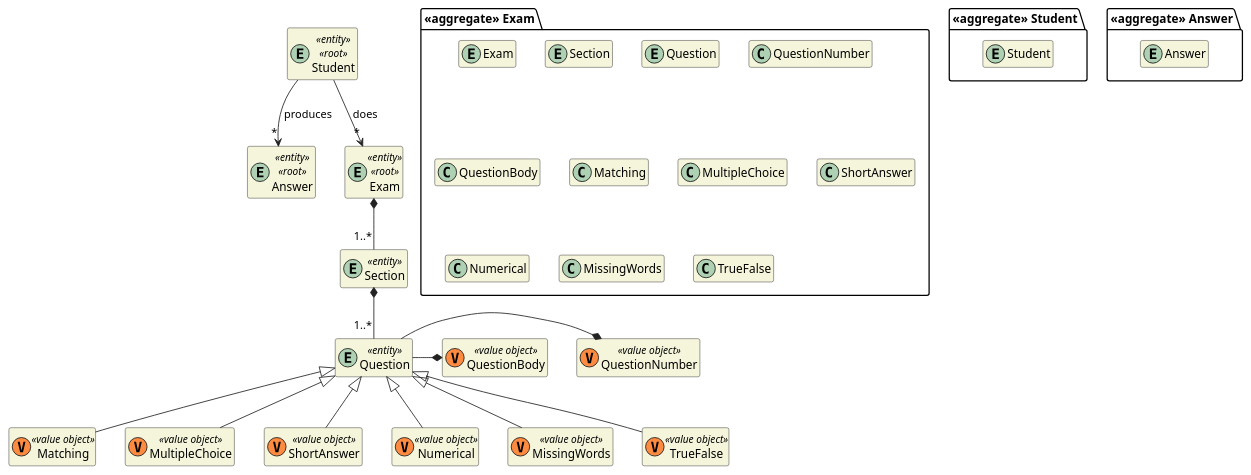
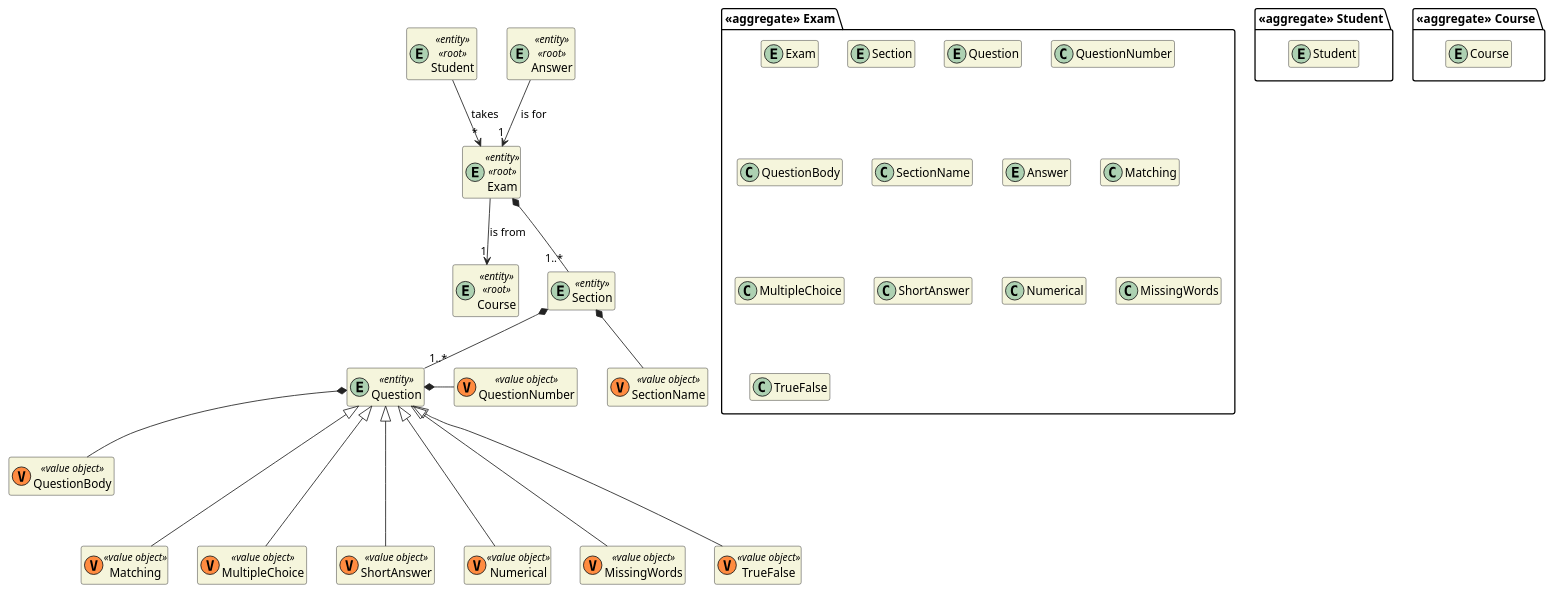
Before and after one commit to miseEnPlace-dev/lapr4: the diagram in docs/DM/DM_Exam.puml, drawn with PlantUML. The commit also changed 7 other files, not shown here.

```diff
--- a/docs/DM/DM_Exam.puml
+++ b/docs/DM/DM_Exam.puml
@@ -1,74 +1,84 @@
 @startuml DM-EXAM
 'https://plantuml.com/class-diagram
 
 skinparam classAttributeIconSize 0
 hide empty attributes
 hide empty methods
 skinparam classBackgroundColor beige
 skinparam ArrowColor #222222
 
 package "<<aggregate>> Exam" {
     entity Exam
     entity Section
 
     entity Question
     class QuestionNumber
     class QuestionBody
+    class SectionName
+
+    entity Answer
 
     class Matching
     class MultipleChoice
     class ShortAnswer
     class Numerical
     class MissingWords
     class TrueFalse
 }
 
 package "<<aggregate>> Student" {
     entity Student
 }
 
 entity Student <<entity>> <<root>> {
 }
 
-package "<<aggregate>> Answer" {
-    entity Answer
+package "<<aggregate>> Course" {
+    entity Course
+}
+
+entity Course <<entity>> <<root>> {
 }
 
 entity Answer <<entity>> <<root>> {
 }
 
 entity Exam <<entity>> <<root>> {}
 
 entity Section <<entity>> {}
 
 entity Question <<entity>> {}
 
 class QuestionNumber <<(V,#FF8B40) value object>> {}
 class QuestionBody <<(V,#FF8B40) value object>> {}
 
+class SectionName <<(V,#FF8B40) value object>> {}
+
 class Matching <<(V, #FF8B40) value object>> {}
 class MultipleChoice <<(V, #FF8B40) value object>> {}
 class ShortAnswer <<(V, #FF8B40) value object>> {}
 class Numerical <<(V, #FF8B40) value object>> {}
 class MissingWords <<(V, #FF8B40) value object>> {}
 class TrueFalse <<(V, #FF8B40) value object>> {}
 
-Question -* QuestionNumber
-Question -* QuestionBody
+Question *- QuestionNumber
+Question *-- QuestionBody
 
-Question <|-- Matching
-Question <|-- MultipleChoice
-Question <|-- ShortAnswer
-Question <|-- Numerical
-Question <|-- MissingWords
-Question <|-- TrueFalse
+Question <|--- Matching
+Question <|--- MultipleChoice
+Question <|--- ShortAnswer
+Question <|--- Numerical
+Question <|--- MissingWords
+Question <|--- TrueFalse
 
 Exam *-- "1..*" Section
+Exam --> "1" Course : is from
+
 Section *-- "1..*" Question
+Section *-- SectionName
 
+Student --> "*" Exam : takes
 
-Student --> "*" Answer : produces
-
-Student --> "*" Exam : does
+Answer --> "1" Exam : is for
 
 @enduml
```
